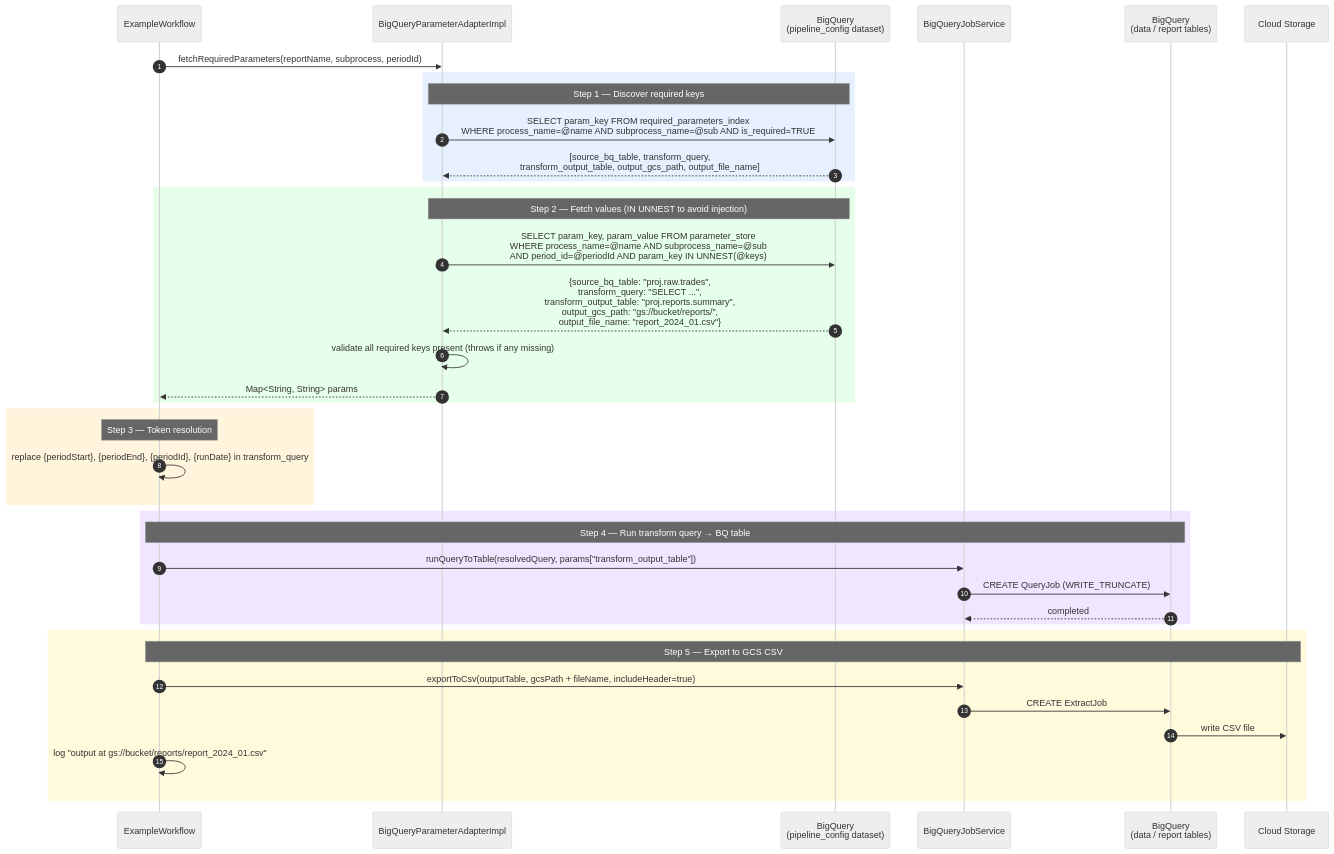
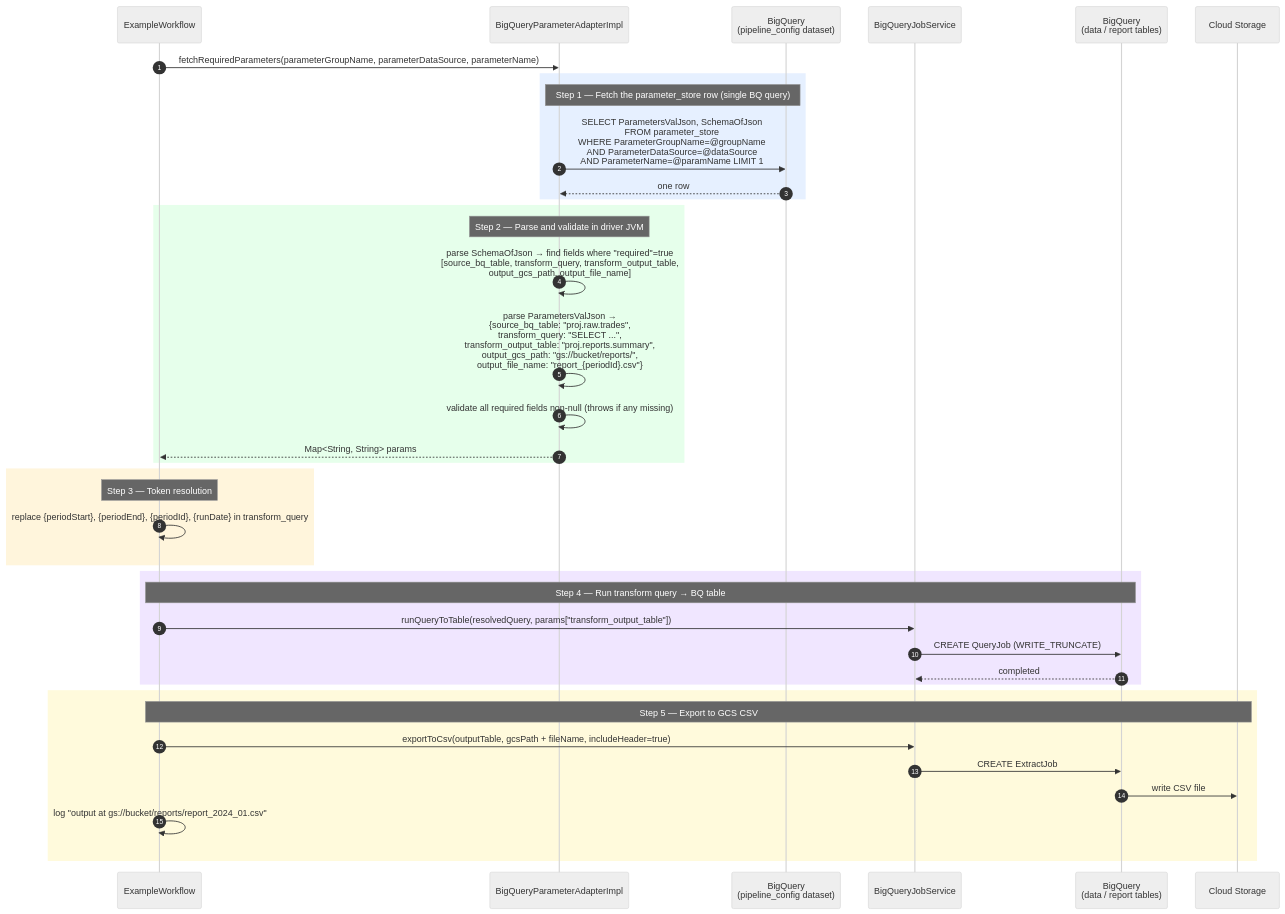
Before and after one commit to tushark-16bit/beam_framework: the seventh of 13 diagrams in WALKTHROUGH.md, drawn with Mermaid (neutral theme). The commit also changed other lines of this file and 6 other files, not shown here.

First line of the commit message:
Redesign parameter_store schema: JSON-blob per group, SchemaOfJson for validation

````diff
--- a/WALKTHROUGH.md
+++ b/WALKTHROUGH.md
@@ -319,46 +319,46 @@
 ```mermaid
 sequenceDiagram
     autonumber
     participant EW as ExampleWorkflow
     participant Adapter as BigQueryParameterAdapterImpl
     participant CfgBQ as BigQuery<br/>(pipeline_config dataset)
     participant BQJob as BigQueryJobService
     participant DataBQ as BigQuery<br/>(data / report tables)
     participant GCS as Cloud Storage
 
-    EW->>Adapter: fetchRequiredParameters(reportName, subprocess, periodId)
+    EW->>Adapter: fetchRequiredParameters(parameterGroupName, parameterDataSource, parameterName)
 
     rect rgb(230, 240, 255)
-        Note over Adapter,CfgBQ: Step 1 — Discover required keys
-        Adapter->>CfgBQ: SELECT param_key FROM required_parameters_index<br/>WHERE process_name=@name AND subprocess_name=@sub AND is_required=TRUE
-        CfgBQ-->>Adapter: [source_bq_table, transform_query,<br/>transform_output_table, output_gcs_path, output_file_name]
+        Note over Adapter,CfgBQ: Step 1 — Fetch the parameter_store row (single BQ query)
+        Adapter->>CfgBQ: SELECT ParametersValJson, SchemaOfJson<br/>FROM parameter_store<br/>WHERE ParameterGroupName=@groupName<br/>AND ParameterDataSource=@dataSource<br/>AND ParameterName=@paramName LIMIT 1
+        CfgBQ-->>Adapter: one row
     end
 
     rect rgb(230, 255, 235)
-        Note over Adapter,CfgBQ: Step 2 — Fetch values (IN UNNEST to avoid injection)
-        Adapter->>CfgBQ: SELECT param_key, param_value FROM parameter_store<br/>WHERE process_name=@name AND subprocess_name=@sub<br/>AND period_id=@periodId AND param_key IN UNNEST(@keys)
-        CfgBQ-->>Adapter: {source_bq_table: "proj.raw.trades",<br/>transform_query: "SELECT ...",<br/>transform_output_table: "proj.reports.summary",<br/>output_gcs_path: "gs://bucket/reports/",<br/>output_file_name: "report_2024_01.csv"}
-        Adapter->>Adapter: validate all required keys present (throws if any missing)
+        Note over Adapter,Adapter: Step 2 — Parse and validate in driver JVM
+        Adapter->>Adapter: parse SchemaOfJson → find fields where "required"=true<br/>[source_bq_table, transform_query, transform_output_table,<br/>output_gcs_path, output_file_name]
+        Adapter->>Adapter: parse ParametersValJson →<br/>{source_bq_table: "proj.raw.trades",<br/>transform_query: "SELECT ...",<br/>transform_output_table: "proj.reports.summary",<br/>output_gcs_path: "gs://bucket/reports/",<br/>output_file_name: "report_{periodId}.csv"}
+        Adapter->>Adapter: validate all required fields non-null (throws if any missing)
         Adapter-->>EW: Map<String, String> params
     end
 
     rect rgb(255, 245, 220)
         Note over EW,EW: Step 3 — Token resolution
         EW->>EW: replace {periodStart}, {periodEnd}, {periodId}, {runDate} in transform_query
     end
 
     rect rgb(240, 230, 255)
         Note over EW,DataBQ: Step 4 — Run transform query → BQ table
         EW->>BQJob: runQueryToTable(resolvedQuery, params["transform_output_table"])
         BQJob->>DataBQ: CREATE QueryJob (WRITE_TRUNCATE)
         DataBQ-->>BQJob: completed
     end
 
     rect rgb(255, 250, 220)
         Note over EW,GCS: Step 5 — Export to GCS CSV
         EW->>BQJob: exportToCsv(outputTable, gcsPath + fileName, includeHeader=true)
         BQJob->>DataBQ: CREATE ExtractJob
         DataBQ->>GCS: write CSV file
         EW->>EW: log "output at gs://bucket/reports/report_2024_01.csv"
     end
 ```
````
